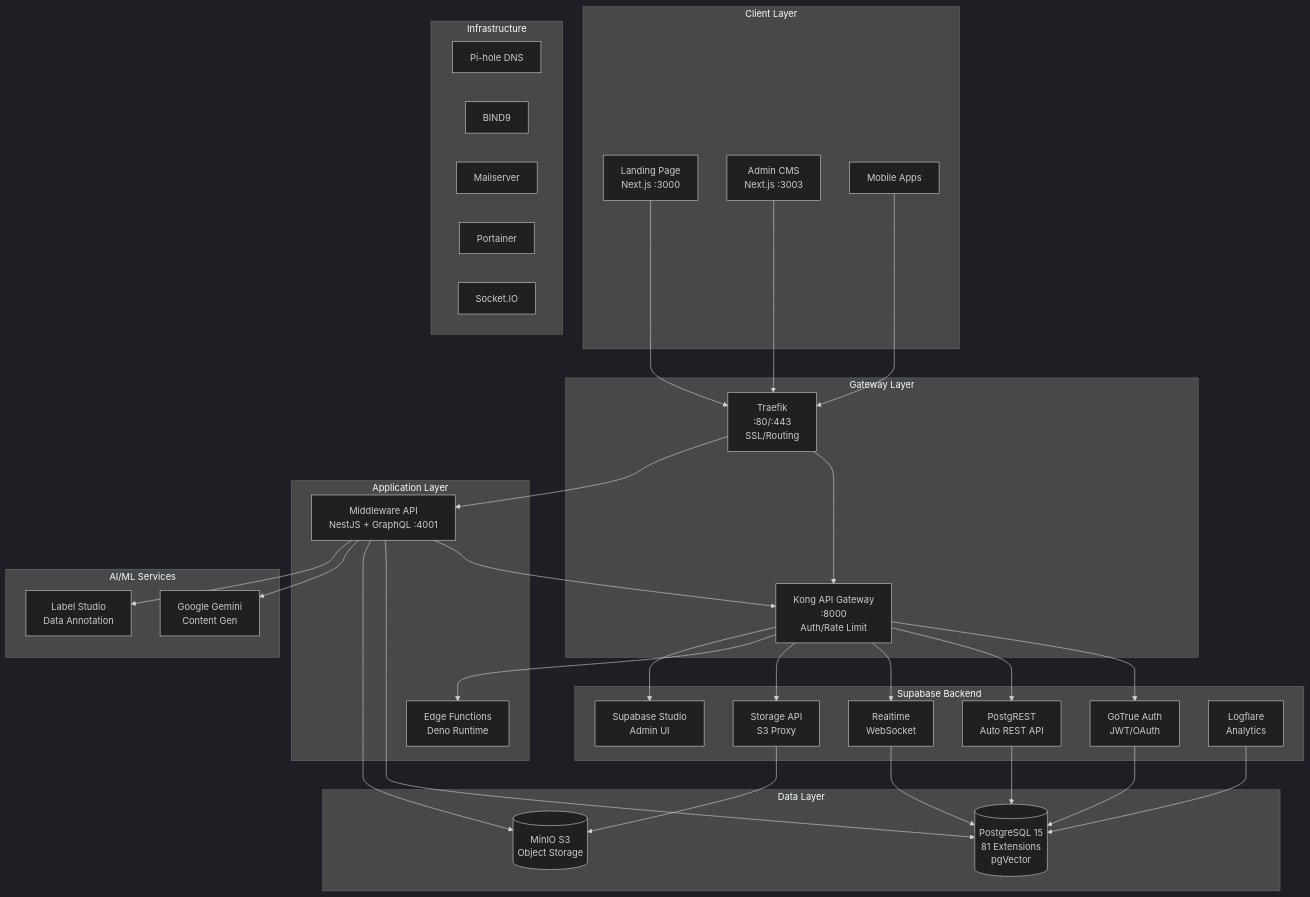
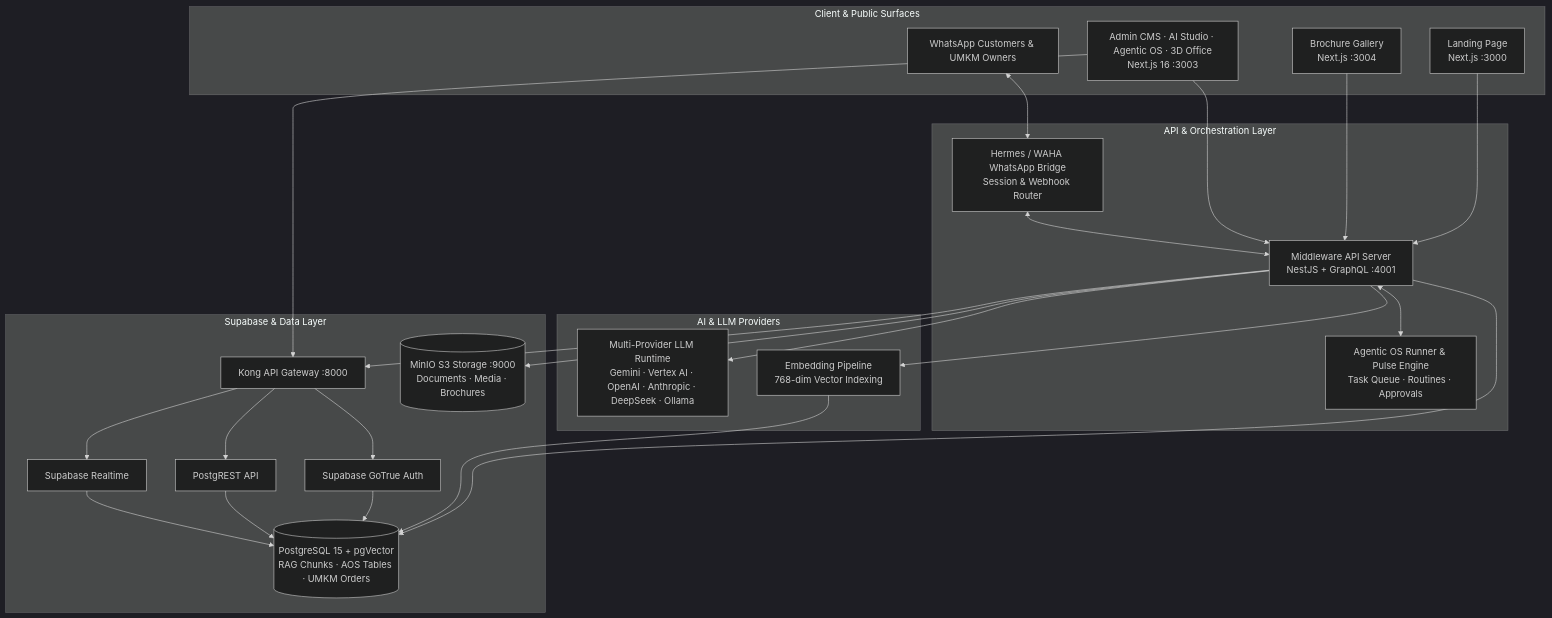
The first of 2 diagrams in README.md (nusantarasoft/juragan-aibuilder-cup), drawn with Mermaid (dark theme) before and after one commit. The commit also changed other lines of this file, not shown here.

Commit message:
docs(readme): rewrite root README for NusantaraSoft AI Studio, UMKM WA Kasir, Agentic OS & 3D Virtual Office

````diff
--- a/README.md
+++ b/README.md
@@ -11,71 +29,50 @@
 ```mermaid
 graph TB
-    subgraph "Client Layer"
+    subgraph "Client & Public Surfaces"
         LP["Landing Page<br/>Next.js :3000"]
-        ADMIN["Admin CMS<br/>Next.js :3003"]
-        MOBILE["Mobile Apps"]
+        BROCHURE["Brochure Gallery<br/>Next.js :3004"]
+        ADMIN["Admin CMS · AI Studio · Agentic OS · 3D Office<br/>Next.js 16 :3003"]
+        WA_USER["WhatsApp Customers & UMKM Owners"]
     end
-    
-    subgraph "Gateway Layer"
-        TRAEFIK["Traefik<br/>:80/:443<br/>SSL/Routing"]
-        KONG["Kong API Gateway<br/>:8000<br/>Auth/Rate Limit"]
+
+    subgraph "API & Orchestration Layer"
+        MW["Middleware API Server<br/>NestJS + GraphQL :4001"]
+        AOS["Agentic OS Runner & Pulse Engine<br/>Task Queue · Routines · Approvals"]
+        HERMES["Hermes / WAHA WhatsApp Bridge<br/>Session & Webhook Router"]
     end
-    
-    subgraph "Application Layer"
-        MW["Middleware API<br/>NestJS + GraphQL :4001"]
-        FUNCTIONS["Edge Functions<br/>Deno Runtime"]
+
+    subgraph "Supabase & Data Layer"
+        KONG["Kong API Gateway :8000"]
+        AUTH["Supabase GoTrue Auth"]
+        REST["PostgREST API"]
+        REALTIME["Supabase Realtime"]
+        PG[("PostgreSQL 15 + pgVector<br/>RAG Chunks · AOS Tables · UMKM Orders")]
+        MINIO[("MinIO S3 Storage :9000<br/>Documents · Media · Brochures")]
     end
-    
-    subgraph "Supabase Backend"
-        AUTH["GoTrue Auth<br/>JWT/OAuth"]
-        REST["PostgREST<br/>Auto REST API"]
-        REALTIME["Realtime<br/>WebSocket"]
-        STORAGE["Storage API<br/>S3 Proxy"]
-        STUDIO["Supabase Studio<br/>Admin UI"]
-        ANALYTICS["Logflare<br/>Analytics"]
+
+    subgraph "AI & LLM Providers"
+        LLM["Multi-Provider LLM Runtime<br/>Gemini · Vertex AI · OpenAI · Anthropic · DeepSeek · Ollama"]
+        EMBED["Embedding Pipeline<br/>768-dim Vector Indexing"]
     end
-    
-    subgraph "Data Layer"
-        PG[("PostgreSQL 15<br/>81 Extensions<br/>pgVector")]
-        MINIO[("MinIO S3<br/>Object Storage")]
-    end
-    
-    subgraph "AI/ML Services"
-        GEMINI["Google Gemini<br/>Content Gen"]
-        LABELSTUDIO["Label Studio<br/>Data Annotation"]
-    end
-    
-    subgraph "Infrastructure"
-        PIHOLE["Pi-hole DNS"]
-        BIND9["BIND9"]
-        MAIL["Mailserver"]
-        PORTAINER["Portainer"]
-        SOCKETIO["Socket.IO"]
-    end
-    
-    LP --> TRAEFIK
-    ADMIN --> TRAEFIK
-    MOBILE --> TRAEFIK
-    
-    TRAEFIK --> KONG
-    TRAEFIK --> MW
-    
+
+    LP --> MW
+    BROCHURE --> MW
+    ADMIN --> MW
+    ADMIN --> KONG
+    WA_USER <--> HERMES <--> MW
+
+    MW <--> AOS
+    MW --> KONG
+    MW --> PG
+    MW --> MINIO
+    MW --> LLM
+    MW --> EMBED
+    EMBED --> PG
+
     KONG --> AUTH
     KONG --> REST
     KONG --> REALTIME
-    KONG --> STORAGE
-    KONG --> FUNCTIONS
-    KONG --> STUDIO
-    
-    MW --> KONG
-    MW --> PG
-    MW --> MINIO
-    MW --> GEMINI
-    MW --> LABELSTUDIO
-    
     AUTH --> PG
     REST --> PG
     REALTIME --> PG
-    STORAGE --> MINIO
-    ANALYTICS --> PG
 ```
````
